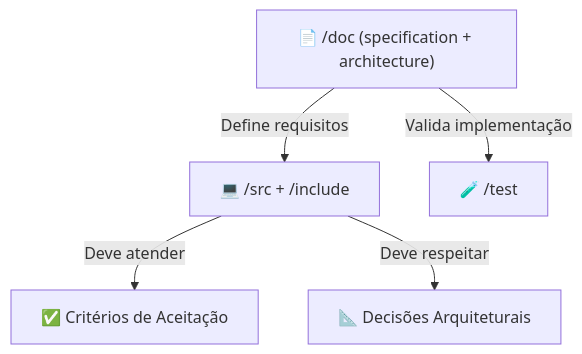
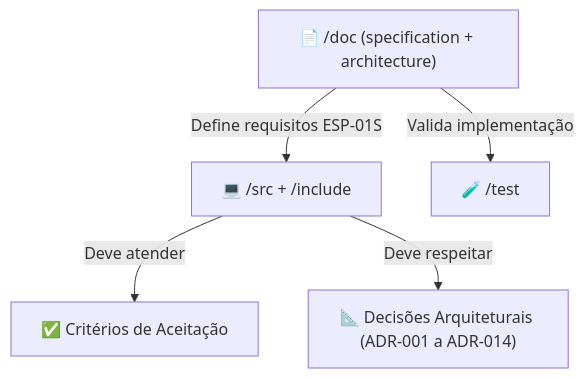
The diagram in doc/README.md (profRonaldoIFPI/IrrigaSolo_ESP01s), drawn with Mermaid before and after one commit. The commit also changed other lines of this file and 3 other files, not shown here.

Commit message:
docs: atualiza especificacao e arquitetura para ESP-01S, modulo rele v4.0 e descontinuacao do sensor de fluxo (ADR-014)

````diff
--- a/doc/README.md
+++ b/doc/README.md
@@ -18,8 +18,8 @@
 ```mermaid
 flowchart TD
     DOC["📄 /doc (specification + architecture)"]
-    DOC -->|"Define requisitos"| CODE["💻 /src + /include"]
+    DOC -->|"Define requisitos ESP-01S"| CODE["💻 /src + /include"]
     DOC -->|"Valida implementação"| TEST["🧪 /test"]
     CODE -->|"Deve atender"| CA["✅ Critérios de Aceitação"]
-    CODE -->|"Deve respeitar"| ADR["📐 Decisões Arquiteturais"]
+    CODE -->|"Deve respeitar"| ADR["📐 Decisões Arquiteturais (ADR-001 a ADR-014)"]
 ```
````
